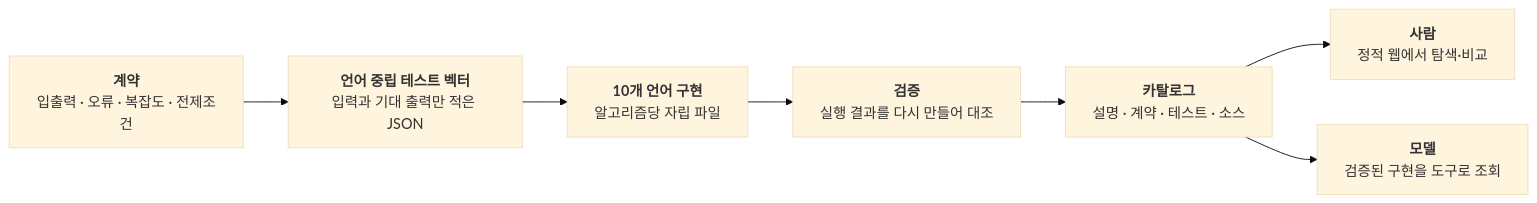
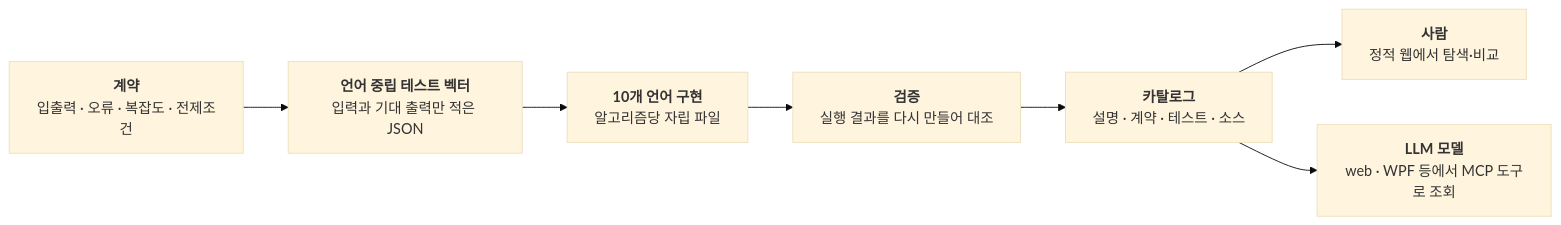
One commit to s-work-agency/ssw-algorithm-archive-public changed the first of 2 diagrams in README.md. Above: the diagram before and after it, drawn with Mermaid (base theme). The commit also changed other lines of this file, not shown here.

````diff
--- a/README.md
+++ b/README.md
@@ -84,14 +84,14 @@
 ```mermaid
 flowchart LR
     C["<b>계약</b><br/>입출력 · 오류 · 복잡도 · 전제조건"]
     V["<b>언어 중립 테스트 벡터</b><br/>입력과 기대 출력만 적은 JSON"]
     I["<b>10개 언어 구현</b><br/>알고리즘당 자립 파일"]
     R["<b>검증</b><br/>실행 결과를 다시 만들어 대조"]
     K["<b>카탈로그</b><br/>설명 · 계약 · 테스트 · 소스"]
     H["<b>사람</b><br/>정적 웹에서 탐색·비교"]
-    M["<b>모델</b><br/>검증된 구현을 도구로 조회"]
+    M["<b>LLM 모델</b><br/>web · WPF 등에서 MCP 도구로 조회"]
 
     C --> V --> I --> R --> K
     K --> H
     K --> M
 ```
````
